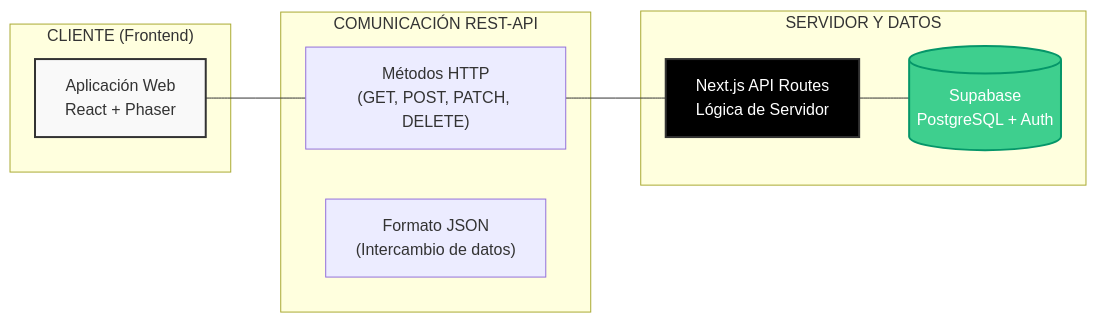
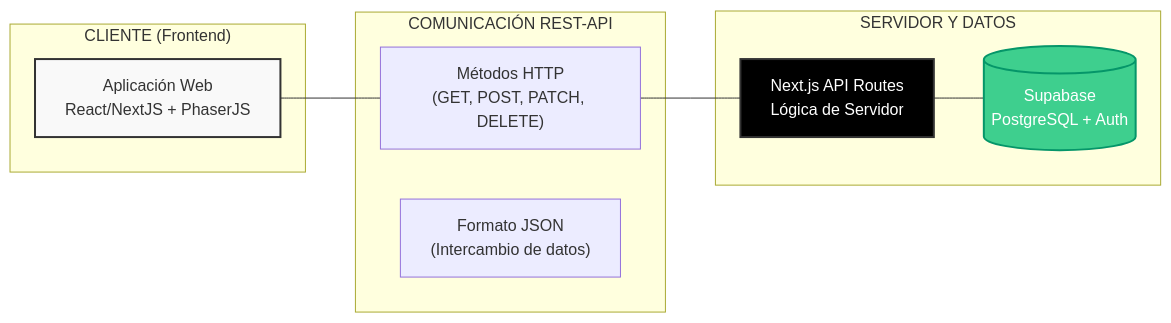
Before and after one commit to rafaelroldan18/appWebIngles: the diagram in README.md, drawn with Mermaid. The commit also changed other lines of this file and 57 other files, not shown here.

````diff
--- a/README.md
+++ b/README.md
@@ -78,25 +78,25 @@
 ```mermaid
 graph LR
     subgraph "CLIENTE (Frontend)"
-        A[ Aplicación Web<br/>React + Phaser]
+        A[ Aplicación Web<br/>React/NextJS + PhaserJS]
     end
 
     subgraph "COMUNICACIÓN REST-API"
     B1["Métodos HTTP<br/>(GET, POST, PATCH, DELETE)"]
     B2["Formato JSON<br/>(Intercambio de datos)"]
     end
 
     subgraph "SERVIDOR Y DATOS"
     C[ Next.js API Routes<br/>Lógica de Servidor]
     D[( Supabase<br/>PostgreSQL + Auth)]
     end
 
     %% Conexiones
     A --- B1
     B1 --- C
     C --- D
     
     style A fill:#f9f9f9,stroke:#333,stroke-width:2px
     style C fill:#000,color:#fff,stroke:#333,stroke-width:2px
     style D fill:#3ecf8e,color:#fff,stroke:#059669,stroke-width:2px
 ```
````
